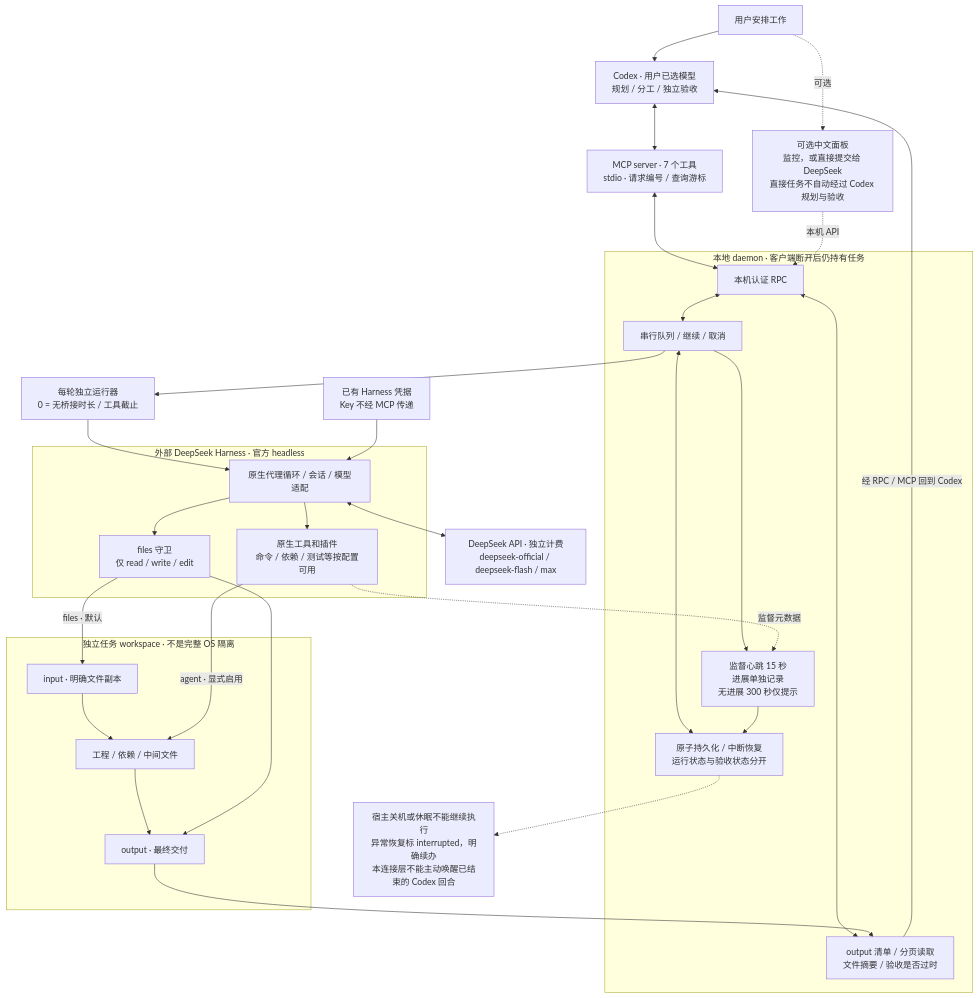
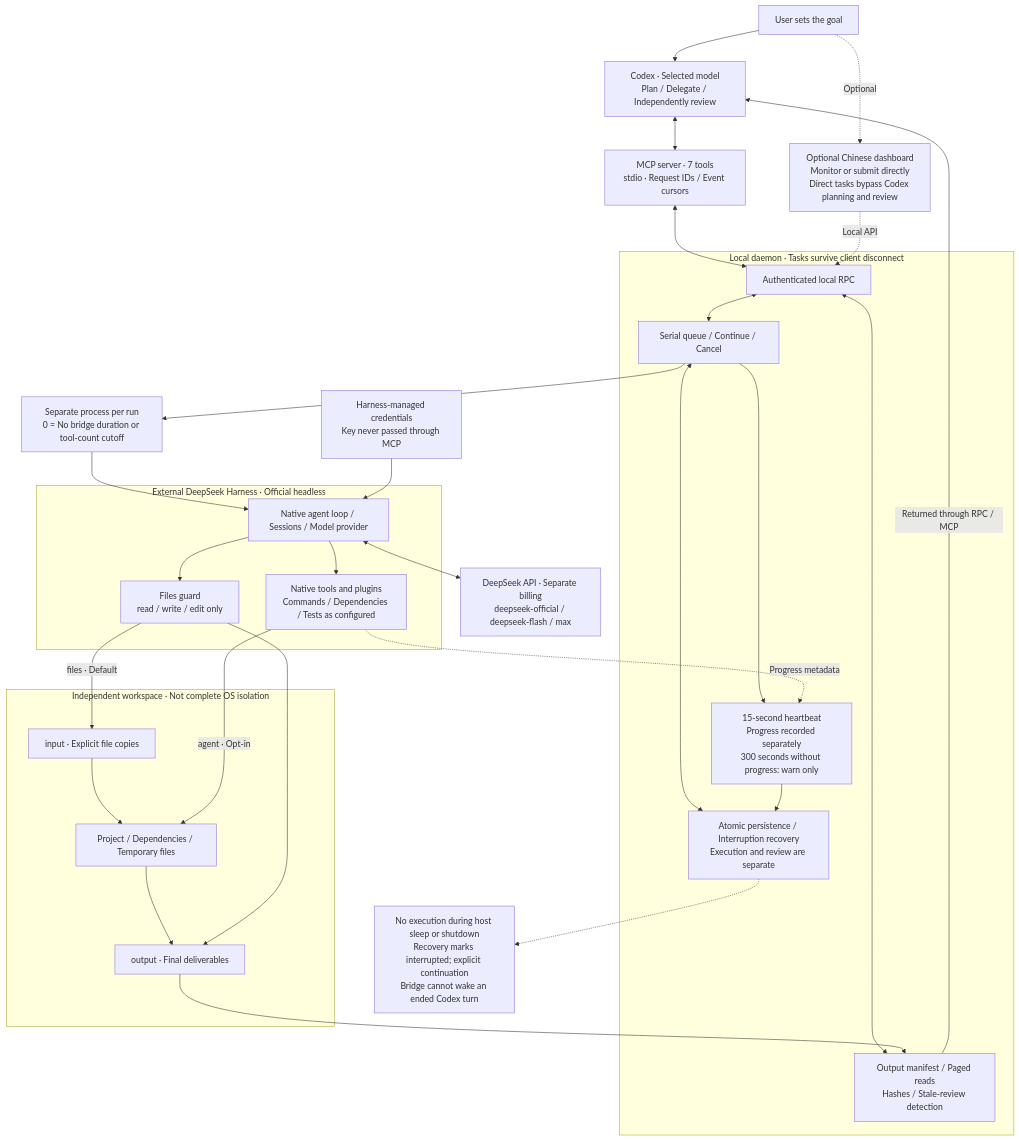
The diagram in docs/architecture.mmd (WiscOBKenobi/codex-deepseek-harness-bridge), drawn with Mermaid before and after one commit. The commit also changed 26 other files, not shown here.

Commit message:
Support Harness 0.2.1 and publish bilingual Flash 1017 docs

```diff
--- a/docs/architecture.mmd
+++ b/docs/architecture.mmd
@@ -1,47 +1,47 @@
 flowchart TB
-    user[用户安排工作]
-    codex[Codex · 用户已选模型<br/>规划 / 分工 / 独立验收]
-    mcp[MCP server · 7 个工具<br/>stdio · 请求编号 / 查询游标]
-    ui[可选中文面板<br/>监控，或直接提交给 DeepSeek<br/>直接任务不自动经过 Codex 规划与验收]
+    user[User sets the goal]
+    codex[Codex · Selected model<br/>Plan / Delegate / Independently review]
+    mcp[MCP server · 7 tools<br/>stdio · Request IDs / Event cursors]
+    ui[Optional Chinese dashboard<br/>Monitor or submit directly<br/>Direct tasks bypass Codex planning and review]
     user --> codex
-    user -. 可选 .-> ui
+    user -. Optional .-> ui
     codex <--> mcp
-    subgraph daemon[本地 daemon · 客户端断开后仍持有任务]
-        rpc[本机认证 RPC]
-        queue[串行队列 / 继续 / 取消]
-        monitor[监督心跳 15 秒<br/>进展单独记录<br/>无进展 300 秒仅提示]
-        state[原子持久化 / 中断恢复<br/>运行状态与验收状态分开]
-        result[output 清单 / 分页读取<br/>文件摘要 / 验收是否过时]
+    subgraph daemon[Local daemon · Tasks survive client disconnect]
+        rpc[Authenticated local RPC]
+        queue[Serial queue / Continue / Cancel]
+        monitor[15-second heartbeat<br/>Progress recorded separately<br/>300 seconds without progress: warn only]
+        state[Atomic persistence / Interruption recovery<br/>Execution and review are separate]
+        result[Output manifest / Paged reads<br/>Hashes / Stale-review detection]
         rpc <--> queue
         queue <--> state
         queue --> monitor
         rpc <--> result
     end
     mcp <--> rpc
-    ui -. 本机 API .-> rpc
-    queue --> runner[每轮独立运行器<br/>0 = 无桥接时长 / 工具截止]
-    subgraph harness[外部 DeepSeek Harness · 官方 headless]
-        loop[原生代理循环 / 会话 / 模型适配]
-        plugins[原生工具和插件<br/>命令 / 依赖 / 测试等按配置可用]
-        guard[files 守卫<br/>仅 read / write / edit]
+    ui -. Local API .-> rpc
+    queue --> runner[Separate process per run<br/>0 = No bridge duration or tool-count cutoff]
+    subgraph harness[External DeepSeek Harness · Official headless]
+        loop[Native agent loop / Sessions / Model provider]
+        plugins[Native tools and plugins<br/>Commands / Dependencies / Tests as configured]
+        guard[Files guard<br/>read / write / edit only]
         loop --> plugins
         loop --> guard
     end
     runner --> loop
-    loop <--> deepseek[DeepSeek API · 独立计费<br/>deepseek-official / deepseek-flash / max]
-    creds[已有 Harness 凭据<br/>Key 不经 MCP 传递] --> loop
-    plugins -. 监督元数据 .-> monitor
-    subgraph workspace[独立任务 workspace · 不是完整 OS 隔离]
-        input[input · 明确文件副本]
-        work[工程 / 依赖 / 中间文件]
-        output[output · 最终交付]
+    loop <--> deepseek[DeepSeek API · Separate billing<br/>deepseek-official / deepseek-flash / max]
+    creds[Harness-managed credentials<br/>Key never passed through MCP] --> loop
+    plugins -. Progress metadata .-> monitor
+    subgraph workspace[Independent workspace · Not complete OS isolation]
+        input[input · Explicit file copies]
+        work[Project / Dependencies / Temporary files]
+        output[output · Final deliverables]
         input --> work --> output
     end
-    plugins -- agent · 显式启用 --> work
-    guard -- files · 默认 --> input
+    plugins -- agent · Opt-in --> work
+    guard -- files · Default --> input
     guard --> output
     output --> result
     monitor --> state
-    result -- 经 RPC / MCP 回到 Codex --> codex
-    limitation[宿主关机或休眠不能继续执行<br/>异常恢复标 interrupted，明确续办<br/>本连接层不能主动唤醒已结束的 Codex 回合]
+    result -- Returned through RPC / MCP --> codex
+    limitation[No execution during host sleep or shutdown<br/>Recovery marks interrupted; explicit continuation<br/>Bridge cannot wake an ended Codex turn]
     state -.-> limitation
```
